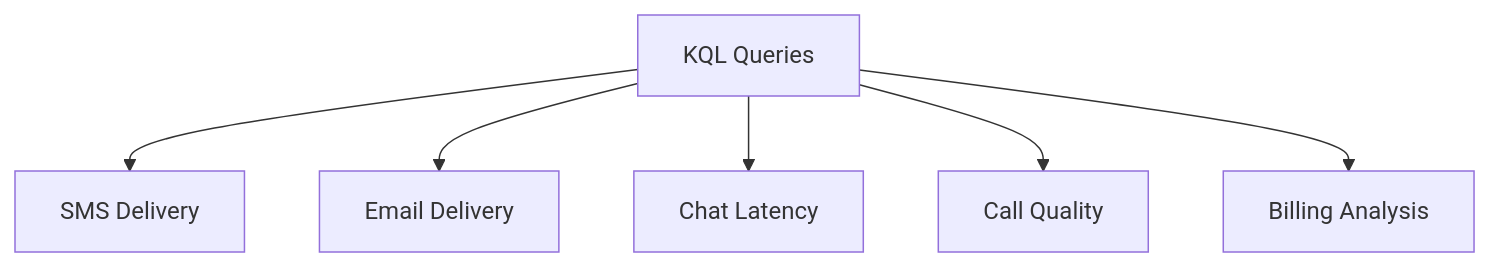
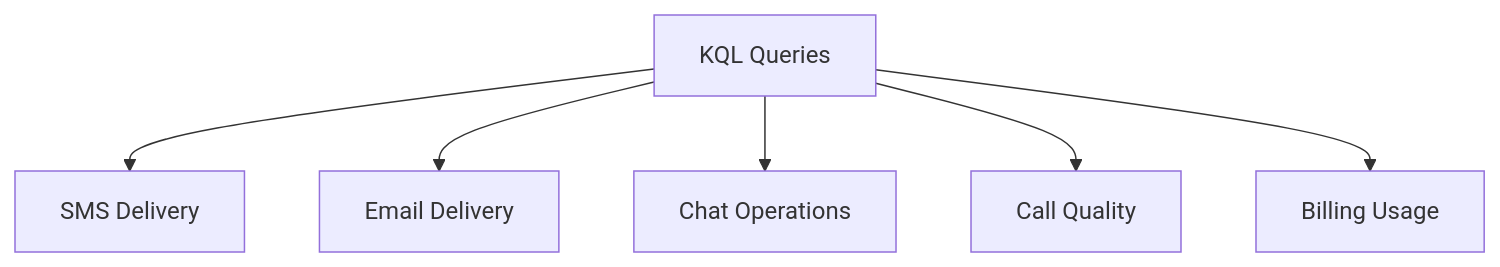
Before and after one commit to yeongseon/azure-communication-services-practical-guide: the diagram in docs/reference/kql-queries.md, drawn with Mermaid. The commit also changed other lines of this file, not shown here.

Commit message:
docs: replace fabricated table names in reference/kql-queries.md with documented ACS log tables

````diff
--- a/docs/reference/kql-queries.md
+++ b/docs/reference/kql-queries.md
@@ -11,8 +57,8 @@
 ```mermaid
 graph TD
     KQL[KQL Queries] --> SMS[SMS Delivery]
     KQL --> Email[Email Delivery]
-    KQL --> Chat[Chat Latency]
+    KQL --> Chat[Chat Operations]
     KQL --> Calling[Call Quality]
-    KQL --> Billing[Billing Analysis]
+    KQL --> Billing[Billing Usage]
 ```
````
